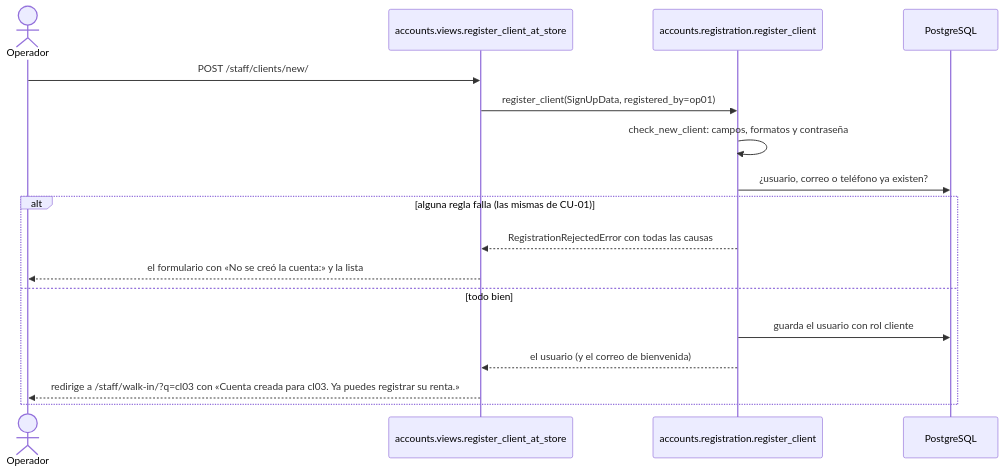
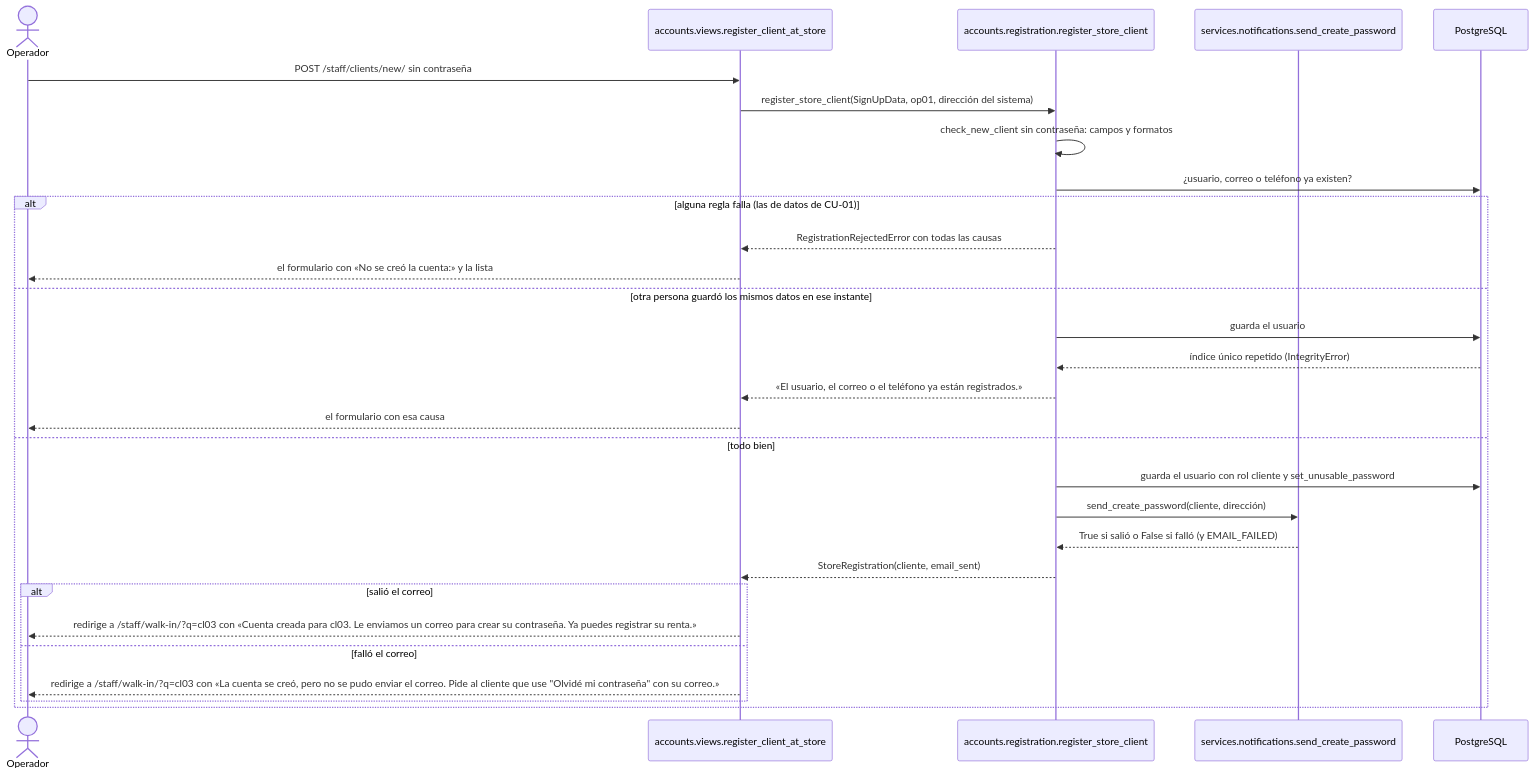
The fourth of 38 diagrams in docs/casos-de-uso.md (peterteranb/astra-rent-system), drawn with Mermaid before and after one commit. The commit also changed other lines of this file and 6 other files, not shown here.

Commit message:
docs: client feedback, account use case and activity diagrams

````diff
--- a/docs/casos-de-uso.md
+++ b/docs/casos-de-uso.md
@@ -187,19 +209,31 @@
 ```mermaid
 sequenceDiagram
     actor O as Operador
     participant V as accounts.views.register_client_at_store
-    participant U as accounts.registration.register_client
+    participant U as accounts.registration.register_store_client
+    participant N as services.notifications.send_create_password
     participant BD as PostgreSQL
-    O->>V: POST /staff/clients/new/
-    V->>U: register_client(SignUpData, registered_by=op01)
-    U->>U: check_new_client: campos, formatos y contraseña
+    O->>V: POST /staff/clients/new/ sin contraseña
+    V->>U: register_store_client(SignUpData, op01, dirección del sistema)
+    U->>U: check_new_client sin contraseña: campos y formatos
     U->>BD: ¿usuario, correo o teléfono ya existen?
-    alt alguna regla falla (las mismas de CU-01)
+    alt alguna regla falla (las de datos de CU-01)
         U-->>V: RegistrationRejectedError con todas las causas
         V-->>O: el formulario con «No se creó la cuenta:» y la lista
+    else otra persona guardó los mismos datos en ese instante
+        U->>BD: guarda el usuario
+        BD-->>U: índice único repetido (IntegrityError)
+        U-->>V: «El usuario, el correo o el teléfono ya están registrados.»
+        V-->>O: el formulario con esa causa
     else todo bien
-        U->>BD: guarda el usuario con rol cliente
-        U-->>V: el usuario (y el correo de bienvenida)
-        V-->>O: redirige a /staff/walk-in/?q=cl03 con «Cuenta creada para cl03. Ya puedes registrar su renta.»
+        U->>BD: guarda el usuario con rol cliente y set_unusable_password
+        U->>N: send_create_password(cliente, dirección)
+        N-->>U: True si salió o False si falló (y EMAIL_FAILED)
+        U-->>V: StoreRegistration(cliente, email_sent)
+        alt salió el correo
+            V-->>O: redirige a /staff/walk-in/?q=cl03 con «Cuenta creada para cl03. Le enviamos un correo para crear su contraseña. Ya puedes registrar su renta.»
+        else falló el correo
+            V-->>O: redirige a /staff/walk-in/?q=cl03 con «La cuenta se creó, pero no se pudo enviar el correo. Pide al cliente que use "Olvidé mi contraseña" con su correo.»
+        end
     end
 ```
````
